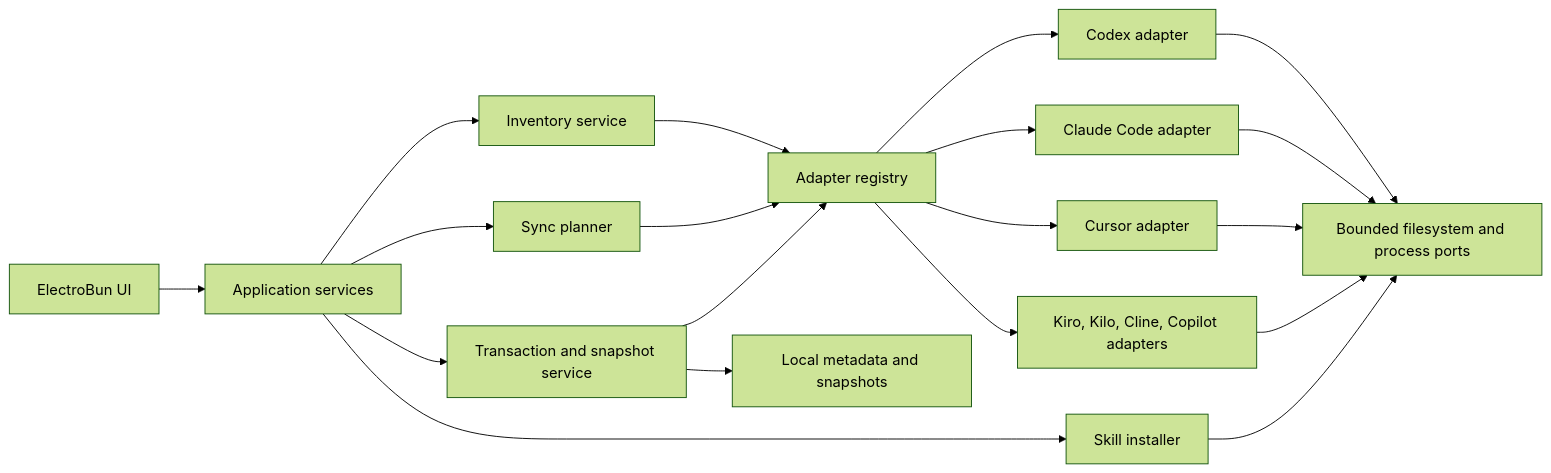
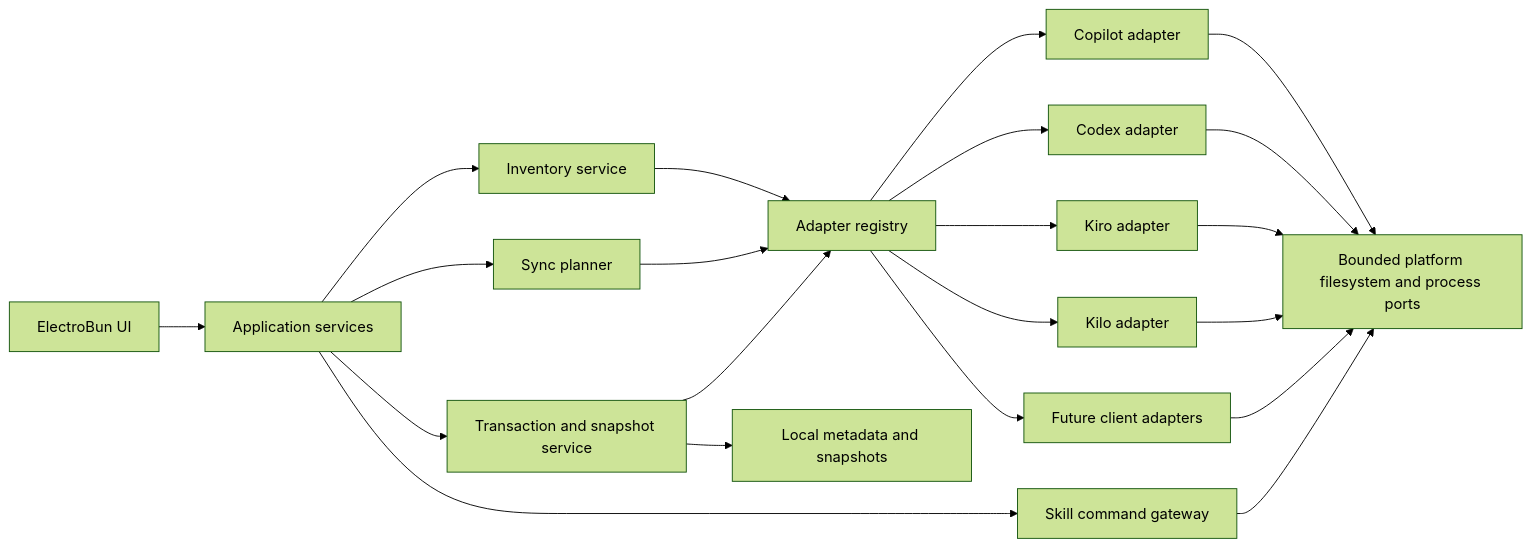
One commit to the-khiem7/AgentMindStudio changed the first of 2 diagrams in docs/baseline/agentmindstudio/agentmindstudio.sourcecode.md. Above: the diagram before and after it, drawn with Mermaid (forest theme). The commit also changed other lines of this file and 4 other files, not shown here.

First line of the commit message:
docs(agentmindstudio): Refine architectural decisions and close business requirements

````diff
--- a/docs/baseline/agentmindstudio/agentmindstudio.sourcecode.md
+++ b/docs/baseline/agentmindstudio/agentmindstudio.sourcecode.md
@@ -10,21 +10,23 @@
 ```mermaid
 flowchart LR
     UI["ElectroBun UI"] --> APP["Application services"]
     APP --> INV["Inventory service"]
     APP --> PLAN["Sync planner"]
     APP --> SAFE["Transaction and snapshot service"]
-    APP --> INSTALL["Skill installer"]
+    APP --> INSTALL["Skill command gateway"]
     INV --> REG["Adapter registry"]
     PLAN --> REG
     SAFE --> REG
+    REG --> COPILOT["Copilot adapter"]
     REG --> CODEX["Codex adapter"]
-    REG --> CLAUDE["Claude Code adapter"]
-    REG --> CURSOR["Cursor adapter"]
-    REG --> OTHER["Kiro, Kilo, Cline, Copilot adapters"]
-    CODEX --> FS["Bounded filesystem and process ports"]
-    CLAUDE --> FS
-    CURSOR --> FS
-    OTHER --> FS
+    REG --> KIRO["Kiro adapter"]
+    REG --> KILO["Kilo adapter"]
+    REG --> FUTURE["Future client adapters"]
+    COPILOT --> FS["Bounded platform filesystem and process ports"]
+    CODEX --> FS
+    KIRO --> FS
+    KILO --> FS
+    FUTURE --> FS
     SAFE --> META["Local metadata and snapshots"]
     INSTALL --> FS
 ```
````
